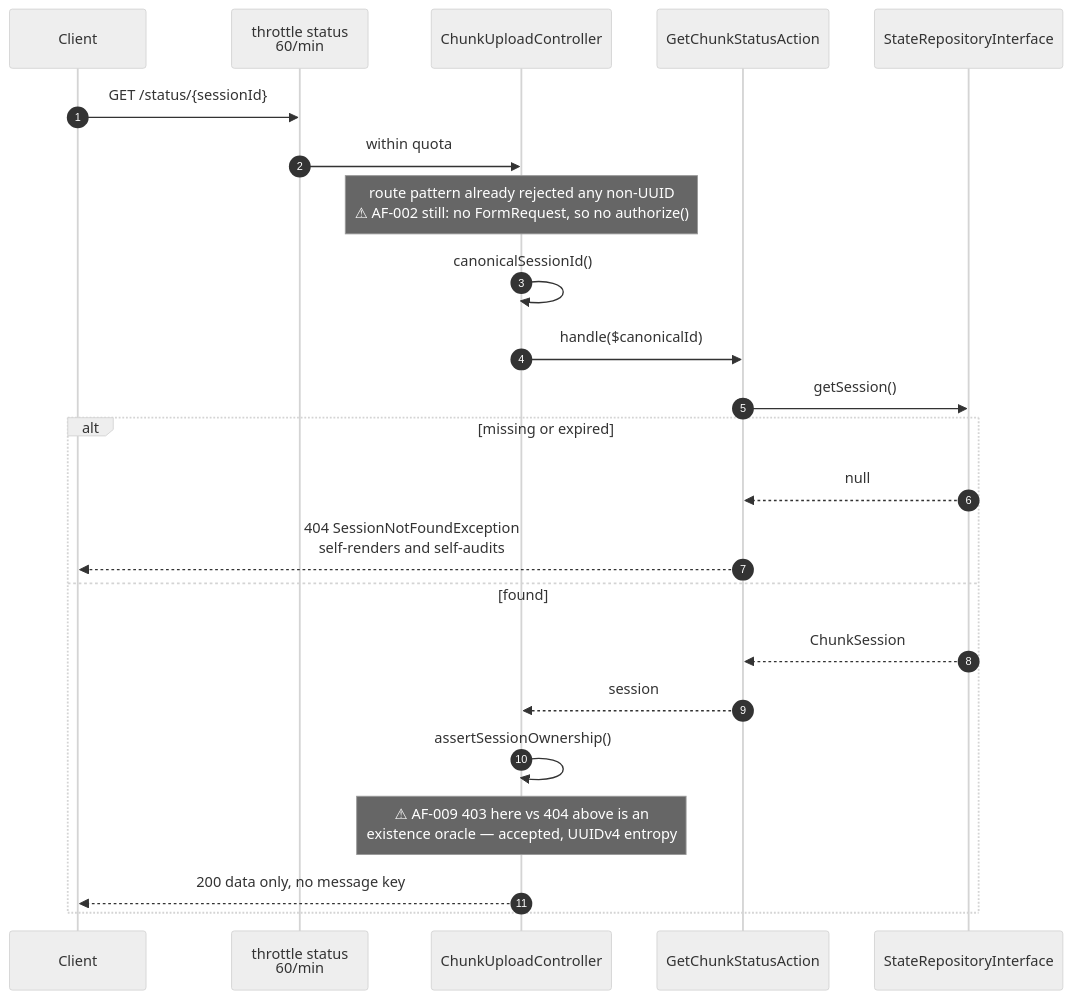
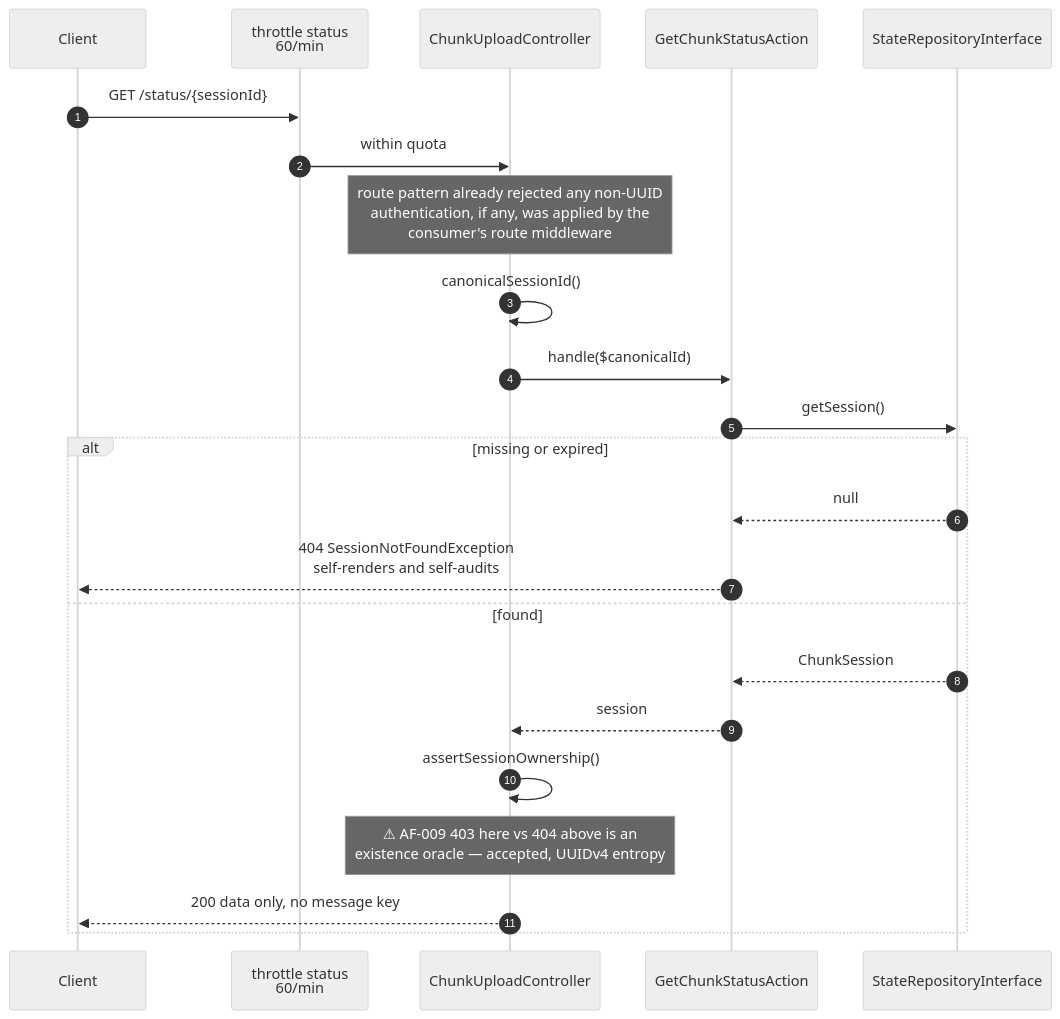
One commit to JuanGuerreroDev/stateful-chunking-package changed the third of 6 diagrams in docs/architecture/request-lifecycle.md. Above: the diagram before and after it, drawn with Mermaid (neutral theme). The commit also changed other lines of this file and 12 other files, not shown here.

````diff
--- a/docs/architecture/request-lifecycle.md
+++ b/docs/architecture/request-lifecycle.md
@@ -130,26 +130,26 @@
 ```mermaid
 sequenceDiagram
     autonumber
     participant CL as Client
     participant RL as throttle status<br/>60/min
     participant CT as ChunkUploadController
     participant AC as GetChunkStatusAction
     participant RP as StateRepositoryInterface
 
     CL->>RL: GET /status/{sessionId}
     RL->>CT: within quota
-    Note over CT: route pattern already rejected any non-UUID<br/>⚠ AF-002 still: no FormRequest, so no authorize()
+    Note over CT: route pattern already rejected any non-UUID<br/>authentication, if any, was applied by the<br/>consumer's route middleware
     CT->>CT: canonicalSessionId()
     CT->>AC: handle($canonicalId)
     AC->>RP: getSession()
     alt missing or expired
         RP-->>AC: null
         AC-->>CL: 404 SessionNotFoundException<br/>self-renders and self-audits
     else found
         RP-->>AC: ChunkSession
         AC-->>CT: session
         CT->>CT: assertSessionOwnership()
         Note over CT: ⚠ AF-009 403 here vs 404 above is an<br/>existence oracle — accepted, UUIDv4 entropy
         CT-->>CL: 200 data only, no message key
     end
 ```
````
